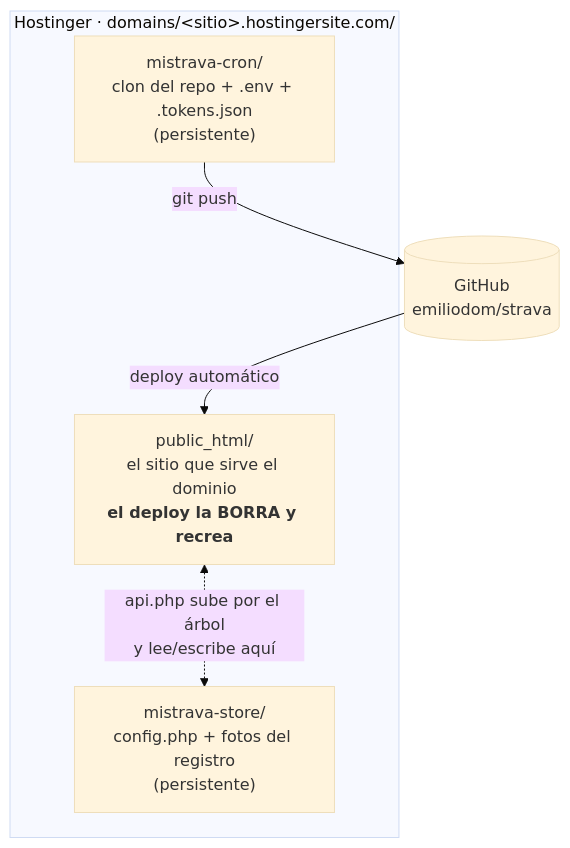
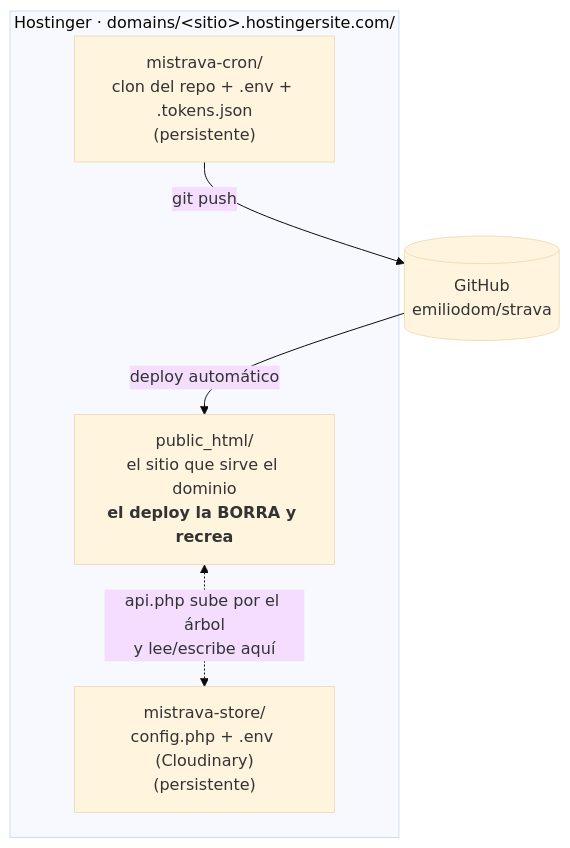
The second of 4 diagrams in README.md (emiliodom/strava), drawn with Mermaid (base theme) before and after one commit. The commit also changed other lines of this file and 6 other files, not shown here.

First line of the commit message:
registro: guarda las fotos en Cloudinary (subida firmada en el servidor)

````diff
--- a/README.md
+++ b/README.md
@@ -146,11 +146,11 @@
 ```mermaid
 flowchart TB
   subgraph srv["Hostinger · domains/&lt;sitio&gt;.hostingersite.com/"]
     PH["public_html/<br/>el sitio que sirve el dominio<br/><b>el deploy la BORRA y recrea</b>"]
-    STORE["mistrava-store/<br/>config.php + fotos del registro<br/>(persistente)"]
+    STORE["mistrava-store/<br/>config.php + .env (Cloudinary)<br/>(persistente)"]
     CRON["mistrava-cron/<br/>clon del repo + .env + .tokens.json<br/>(persistente)"]
   end
   CRON -->|git push| GH[(GitHub<br/>emiliodom/strava)]
   GH -->|deploy automático| PH
   PH <-. "api.php sube por el árbol<br/>y lee/escribe aquí" .-> STORE
 ```
````
